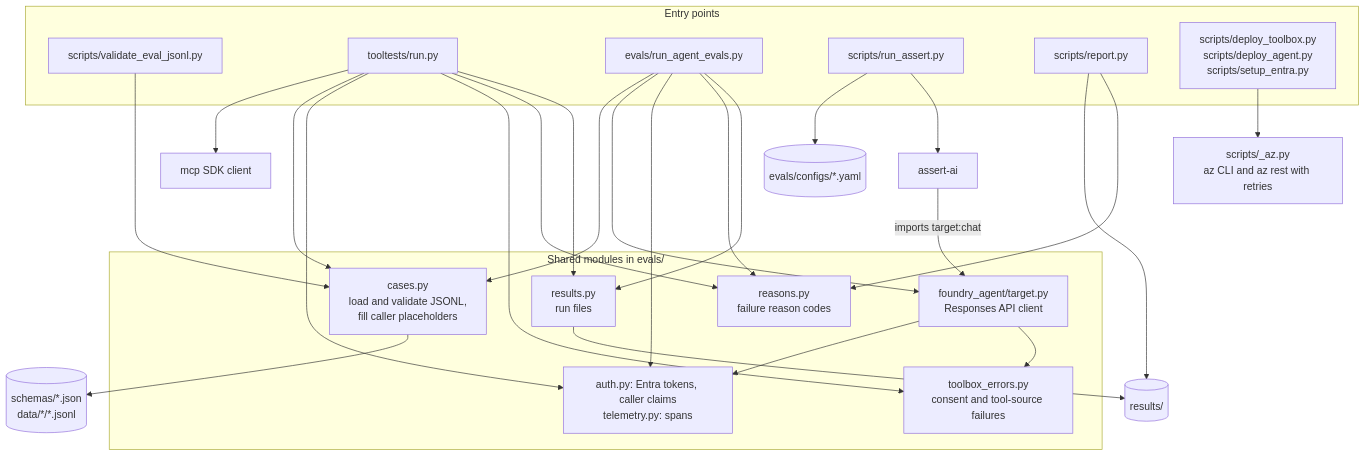
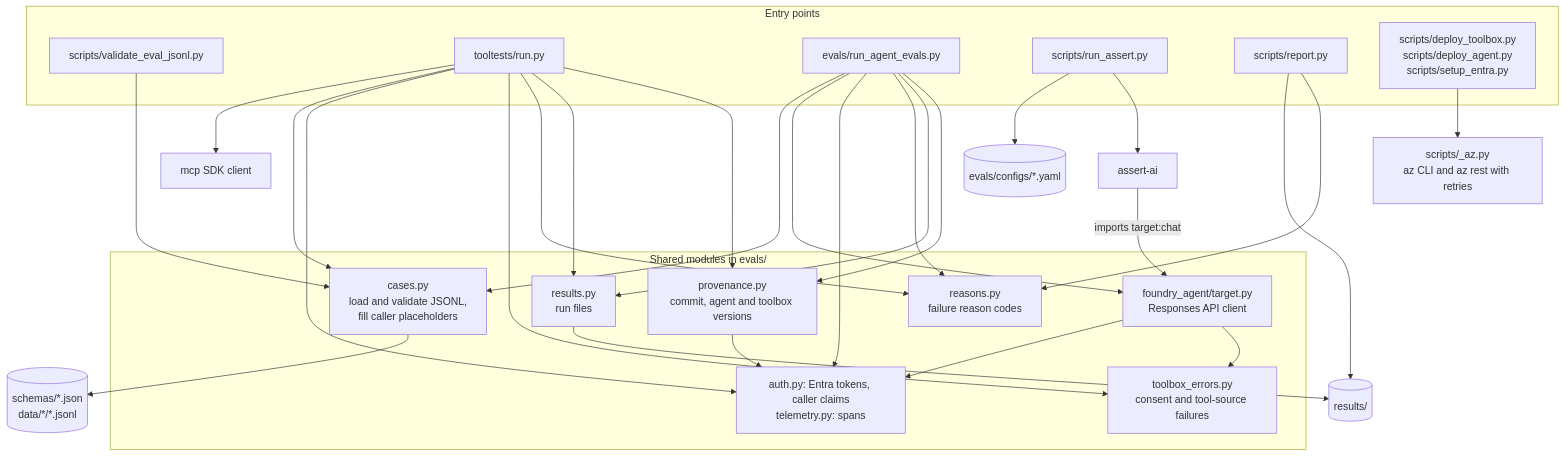
Before and after one commit to bradrlaw/foundryToolboxEval: the second of 17 diagrams in docs/architecture.md, drawn with Mermaid. The commit also changed other lines of this file and 13 other files, not shown here.

````diff
--- a/docs/architecture.md
+++ b/docs/architecture.md
@@ -73,45 +73,48 @@
 ```mermaid
 flowchart TB
     subgraph entry["Entry points"]
         val["scripts/validate_eval_jsonl.py"]
         run["tooltests/run.py"]
         rae["evals/run_agent_evals.py"]
         rass["scripts/run_assert.py"]
         rep["scripts/report.py"]
         dep["scripts/deploy_toolbox.py<br/>scripts/deploy_agent.py<br/>scripts/setup_entra.py"]
     end
     subgraph shared["Shared modules in evals/"]
         cases["cases.py<br/>load and validate JSONL,<br/>fill caller placeholders"]
         target["foundry_agent/target.py<br/>Responses API client"]
         common["auth.py: Entra tokens, caller claims<br/>telemetry.py: spans"]
         terr["toolbox_errors.py<br/>consent and tool-source failures"]
         reasons["reasons.py<br/>failure reason codes"]
         runfiles["results.py<br/>run files"]
+        prov["provenance.py<br/>commit, agent and toolbox versions"]
     end
     mcpsdk["mcp SDK client"]
     assertai["assert-ai"]
     az["scripts/_az.py<br/>az CLI and az rest with retries"]
     configs[("evals/configs/*.yaml")]
     files[("schemas/*.json<br/>data/*/*.jsonl")]
     results[("results/")]
 
     val --> cases
     run --> mcpsdk
     run --> cases
     run --> common
     run --> terr
     rae --> cases
     rae --> target
     rae --> common
     target --> common
     target --> terr
     rass --> configs
     rass --> assertai
     assertai -->|"imports target:chat"| target
     cases --> files
     rep --> results
     run & rae & rep --> reasons
     run & rae --> runfiles
+    run & rae --> prov
+    prov --> common
     runfiles --> results
     dep --> az
 ```
````
